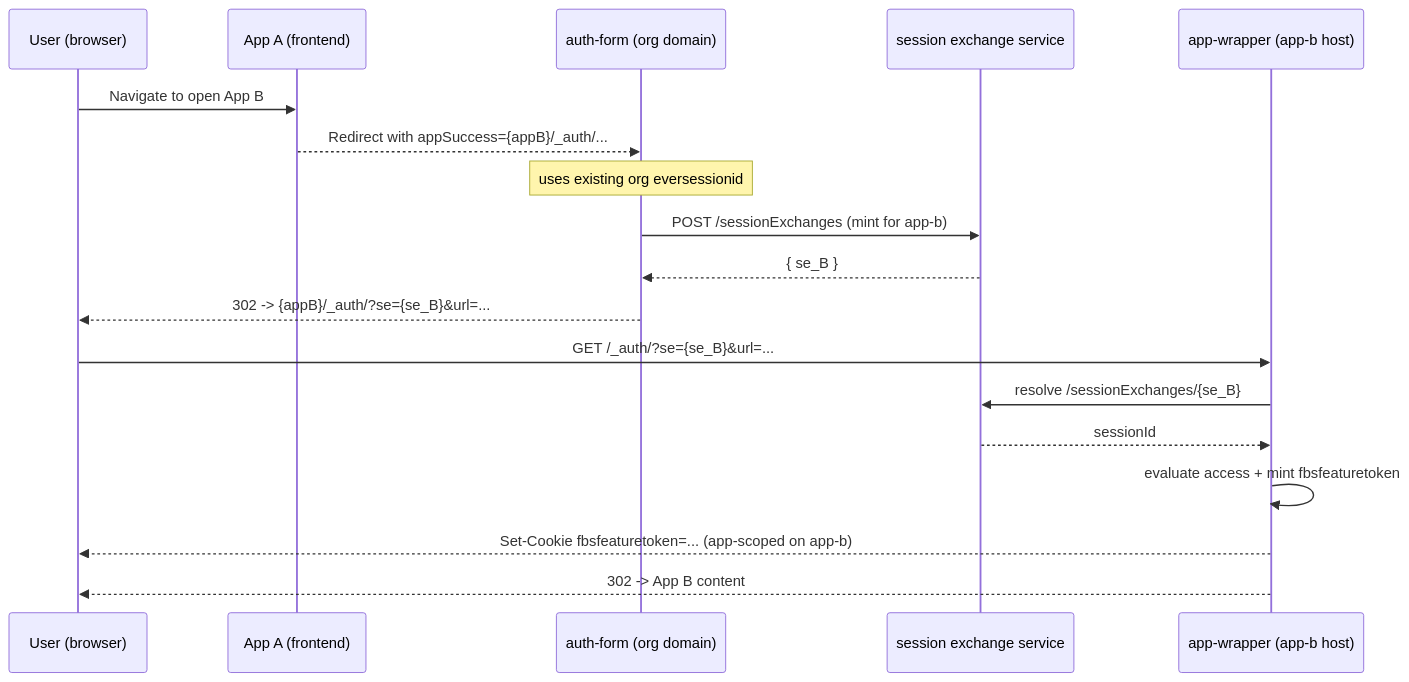
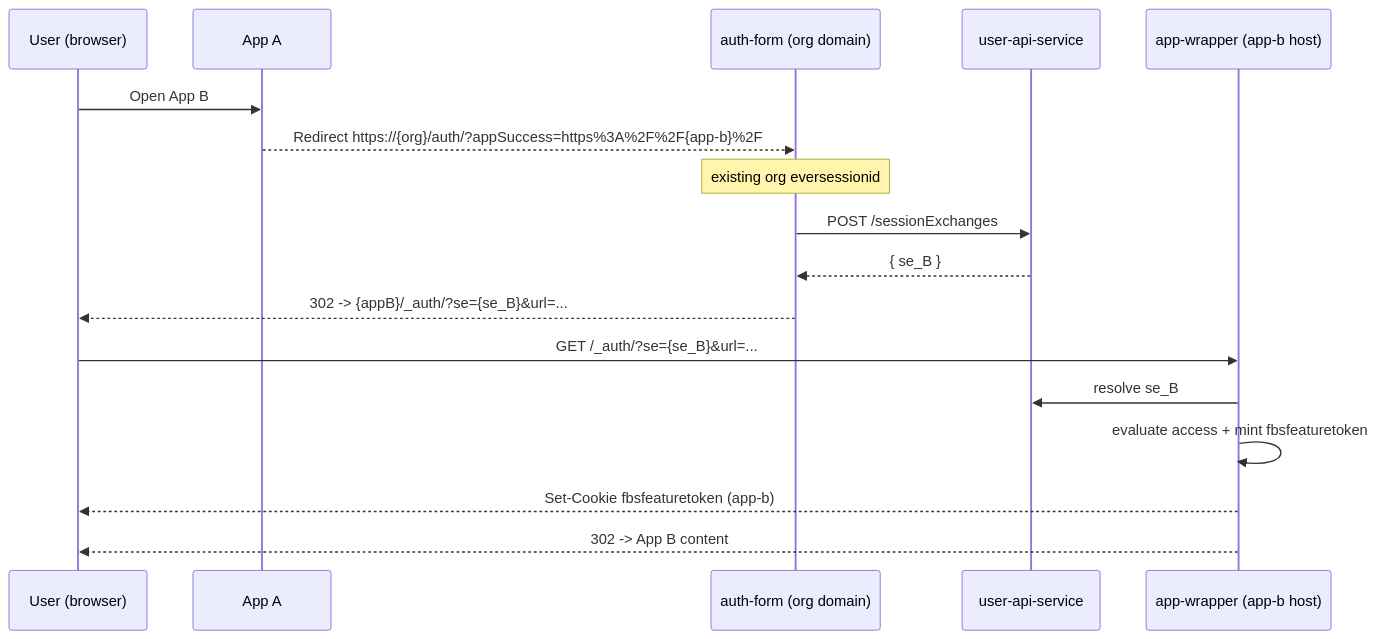
One commit to fusebase-dev/fusebase-cli changed the second of 3 diagrams in docs/proposals/APP-AUTH-FORM-SESSION-EXCHANGES.md. Above: the diagram before and after it, drawn with Mermaid. The commit also changed other lines of this file, not shown here.

First line of the commit message:
feat(docs): expand app authorization proposal with detailed flow and URL contracts

````diff
--- a/docs/proposals/APP-AUTH-FORM-SESSION-EXCHANGES.md
+++ b/docs/proposals/APP-AUTH-FORM-SESSION-EXCHANGES.md
@@ -72,22 +116,21 @@
 ```mermaid
 sequenceDiagram
   participant U as User (browser)
-  participant AppA as App A (frontend)
+  participant AppA as App A
   participant Auth as auth-form (org domain)
-  participant X as session exchange service
+  participant X as user-api-service
   participant AppWrapB as app-wrapper (app-b host)
 
-  U->>AppA: Navigate to open App B
-  AppA-->>Auth: Redirect with appSuccess={appB}/_auth/...
-  Note over Auth: uses existing org eversessionid
-  Auth->>X: POST /sessionExchanges (mint for app-b)
+  U->>AppA: Open App B
+  AppA-->>Auth: Redirect https://{org}/auth/?appSuccess=https%3A%2F%2F{app-b}%2F
+  Note over Auth: existing org eversessionid
+  Auth->>X: POST /sessionExchanges
   X-->>Auth: { se_B }
   Auth-->>U: 302 -> {appB}/_auth/?se={se_B}&url=...
 
   U->>AppWrapB: GET /_auth/?se={se_B}&url=...
-  AppWrapB->>X: resolve /sessionExchanges/{se_B}
-  X-->>AppWrapB: sessionId
+  AppWrapB->>X: resolve se_B
   AppWrapB->>AppWrapB: evaluate access + mint fbsfeaturetoken
-  AppWrapB-->>U: Set-Cookie fbsfeaturetoken=... (app-scoped on app-b)
+  AppWrapB-->>U: Set-Cookie fbsfeaturetoken (app-b)
   AppWrapB-->>U: 302 -> App B content
 ```
````
